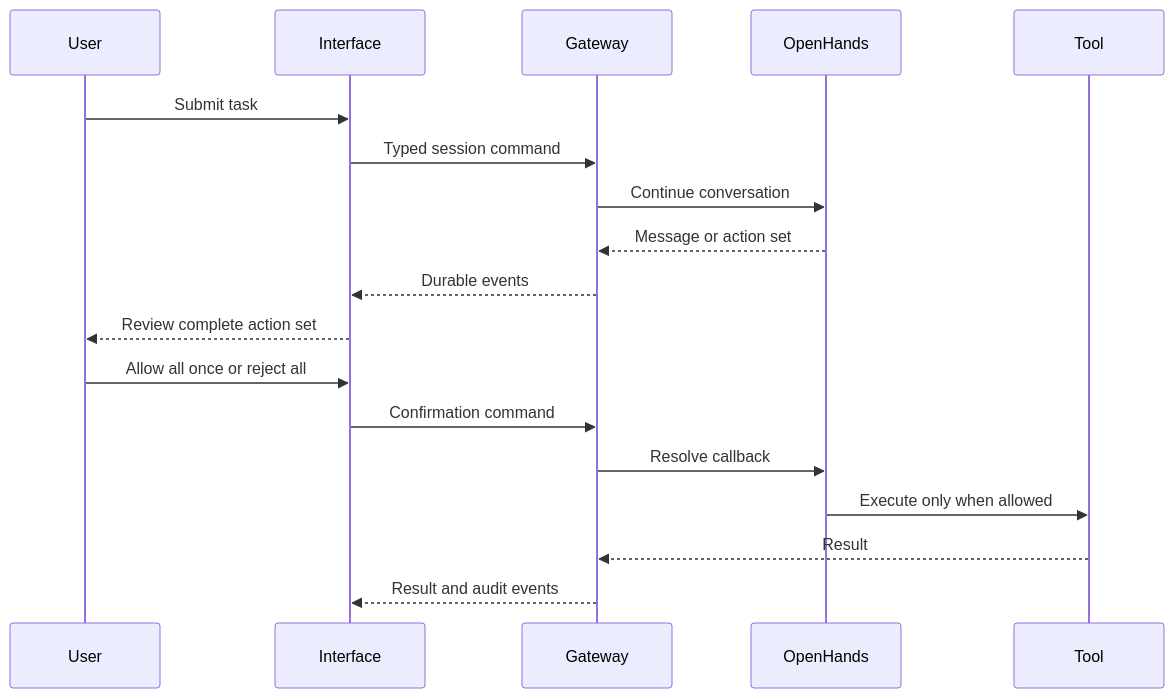
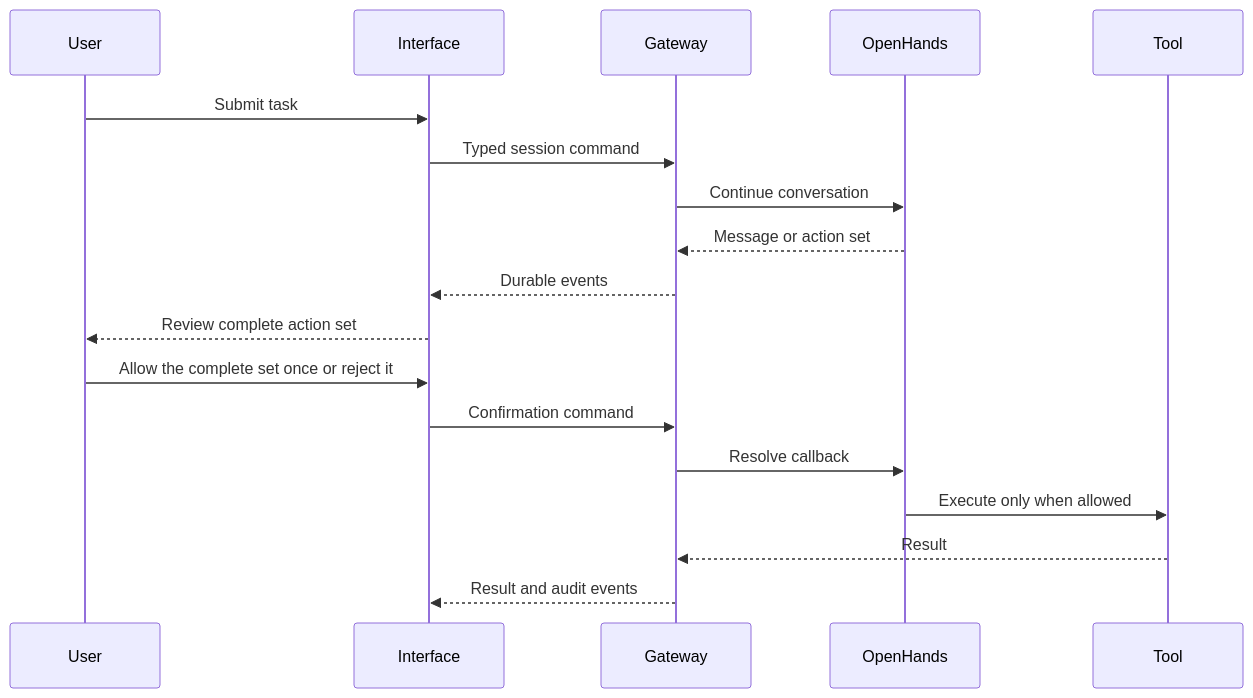
One commit to SchmiedmayerLab/heartwood changed the diagram in documentation/architecture/sessions-audit.md. Above: the diagram before and after it, drawn with Mermaid. The commit also changed 48 other files, not shown here.

````diff
--- a/documentation/architecture/sessions-audit.md
+++ b/documentation/architecture/sessions-audit.md
@@ -14,20 +14,20 @@
 ```mermaid
 sequenceDiagram
     participant User
     participant Interface
     participant Gateway
     participant OpenHands
     participant Tool
     User->>Interface: Submit task
     Interface->>Gateway: Typed session command
     Gateway->>OpenHands: Continue conversation
     OpenHands-->>Gateway: Message or action set
     Gateway-->>Interface: Durable events
     Interface-->>User: Review complete action set
-    User->>Interface: Allow all once or reject all
+    User->>Interface: Allow the complete set once or reject it
     Interface->>Gateway: Confirmation command
     Gateway->>OpenHands: Resolve callback
     OpenHands->>Tool: Execute only when allowed
     Tool-->>Gateway: Result
     Gateway-->>Interface: Result and audit events
 ```
````
